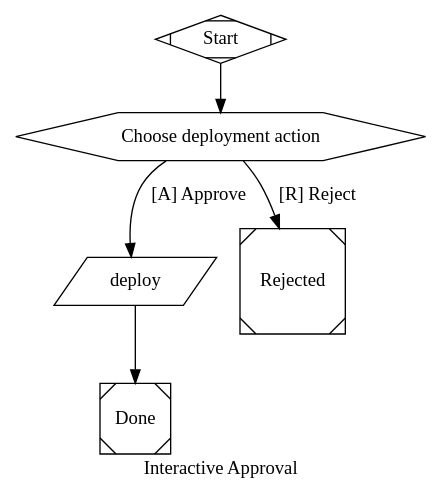
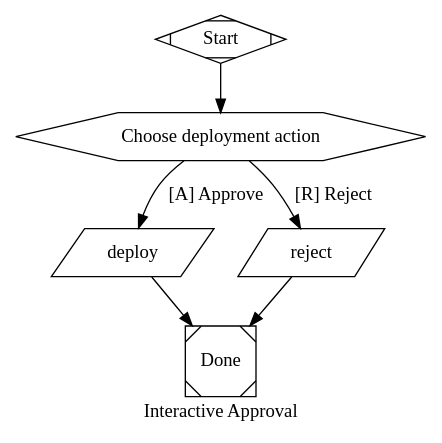
Before and after one commit to calebmchenry/nectar: the diagram in gardens/interactive-approval.dot, drawn with Graphviz. The commit also changed 141 other files, not shown here.

```diff
--- a/gardens/interactive-approval.dot
+++ b/gardens/interactive-approval.dot
@@ -1,17 +1,18 @@
 digraph InteractiveApproval {
   graph [
     goal="Require explicit human approval before deployment",
     label="Interactive Approval"
   ]
 
   start [shape=Mdiamond, label="Start"]
   approval [shape=hexagon, label="Choose deployment action"]
   deploy [shape=parallelogram, tool_command="echo deploy-approved"]
-  reject_exit [shape=Msquare, label="Rejected"]
+  reject [shape=parallelogram, tool_command="echo deploy-rejected"]
   done [shape=Msquare, label="Done"]
 
   start -> approval
   approval -> deploy [label="[A] Approve"]
-  approval -> reject_exit [label="[R] Reject"]
+  approval -> reject [label="[R] Reject"]
   deploy -> done
+  reject -> done
 }
```
